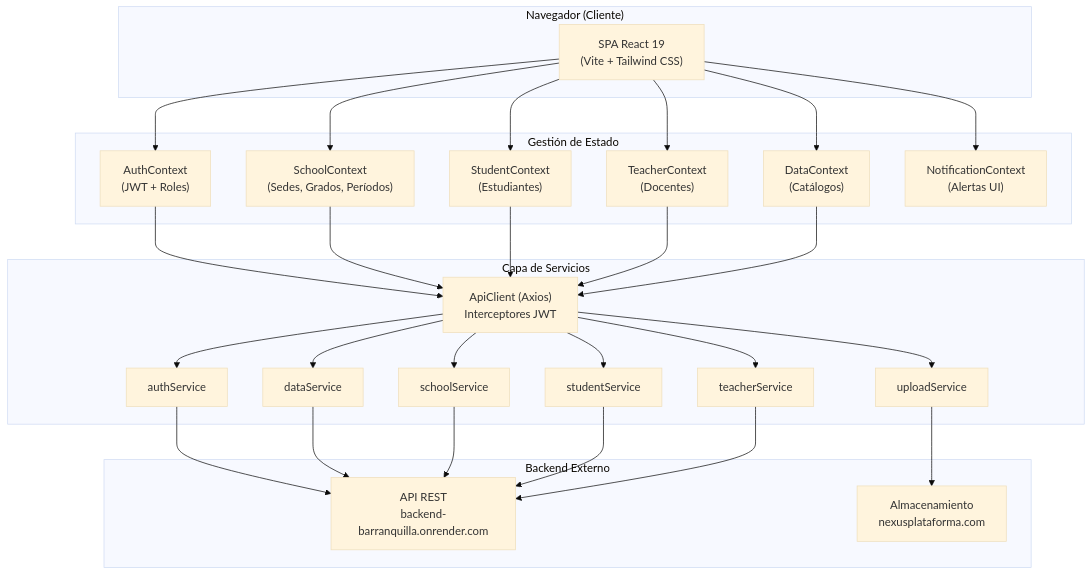
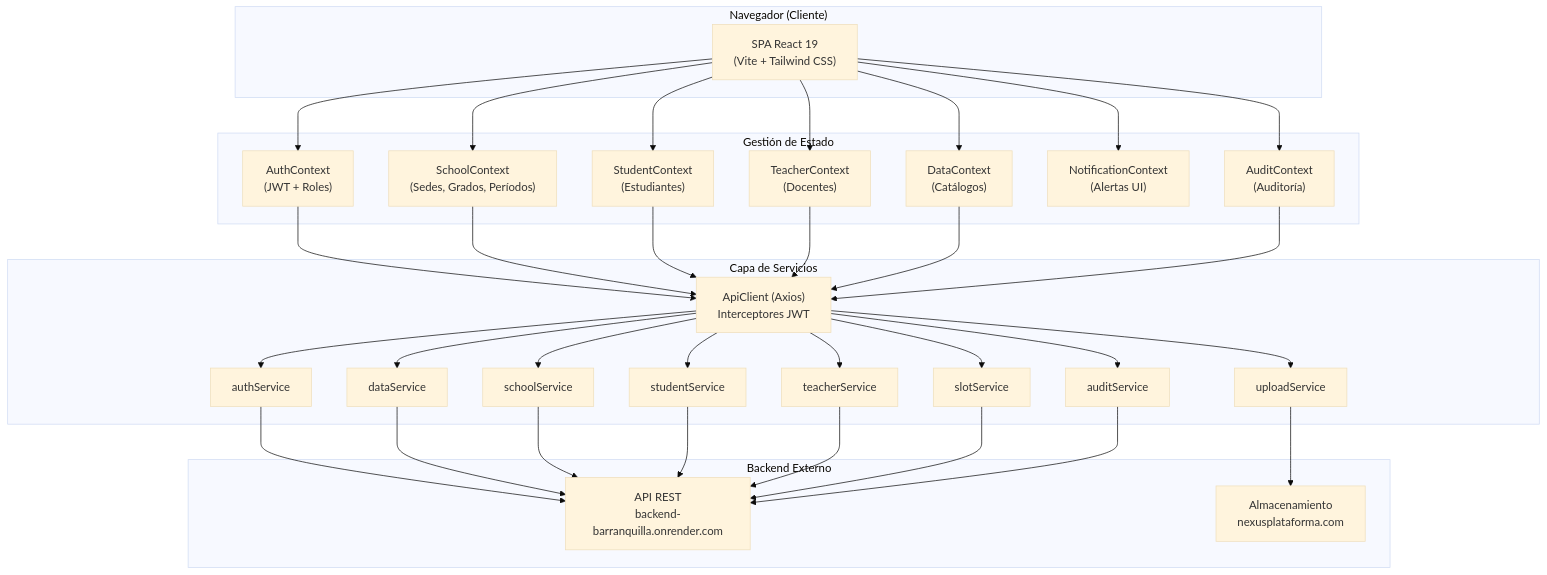
One commit to Dorioga/ProjectB changed the first of 3 diagrams in README.md. Above: the diagram before and after it, drawn with Mermaid (base theme). The commit also changed other lines of this file and 8 other files, not shown here.

````diff
--- a/README.md
+++ b/README.md
@@ -69,57 +69,66 @@
 ```mermaid
 graph TD
     subgraph Cliente ["Navegador (Cliente)"]
         SPA["SPA React 19\n(Vite + Tailwind CSS)"]
     end
 
     subgraph Estado ["Gestión de Estado"]
         Auth["AuthContext\n(JWT + Roles)"]
         School["SchoolContext\n(Sedes, Grados, Períodos)"]
         Student["StudentContext\n(Estudiantes)"]
         Teacher["TeacherContext\n(Docentes)"]
         Data["DataContext\n(Catálogos)"]
         Notify["NotificationContext\n(Alertas UI)"]
+        Audit["AuditContext\n(Auditoría)"]
     end
 
     subgraph Servicios ["Capa de Servicios"]
         ApiClient["ApiClient (Axios)\nInterceptores JWT"]
         authSvc["authService"]
         dataSvc["dataService"]
         schoolSvc["schoolService"]
         studentSvc["studentService"]
         teacherSvc["teacherService"]
+        slotSvc["slotService"]
+        auditSvc["auditService"]
         uploadSvc["uploadService"]
     end
 
     subgraph Backend ["Backend Externo"]
         API["API REST\nbackend-barranquilla.onrender.com"]
         Storage["Almacenamiento\nnexusplataforma.com"]
     end
 
     SPA --> Auth
     SPA --> School
     SPA --> Student
     SPA --> Teacher
     SPA --> Data
     SPA --> Notify
+    SPA --> Audit
 
     Auth --> ApiClient
     School --> ApiClient
     Student --> ApiClient
     Teacher --> ApiClient
     Data --> ApiClient
+    Audit --> ApiClient
 
     ApiClient --> authSvc
     ApiClient --> dataSvc
     ApiClient --> schoolSvc
     ApiClient --> studentSvc
     ApiClient --> teacherSvc
+    ApiClient --> slotSvc
+    ApiClient --> auditSvc
     ApiClient --> uploadSvc
 
     authSvc --> API
     dataSvc --> API
     schoolSvc --> API
     studentSvc --> API
     teacherSvc --> API
+    slotSvc --> API
+    auditSvc --> API
     uploadSvc --> Storage
 ```
````
